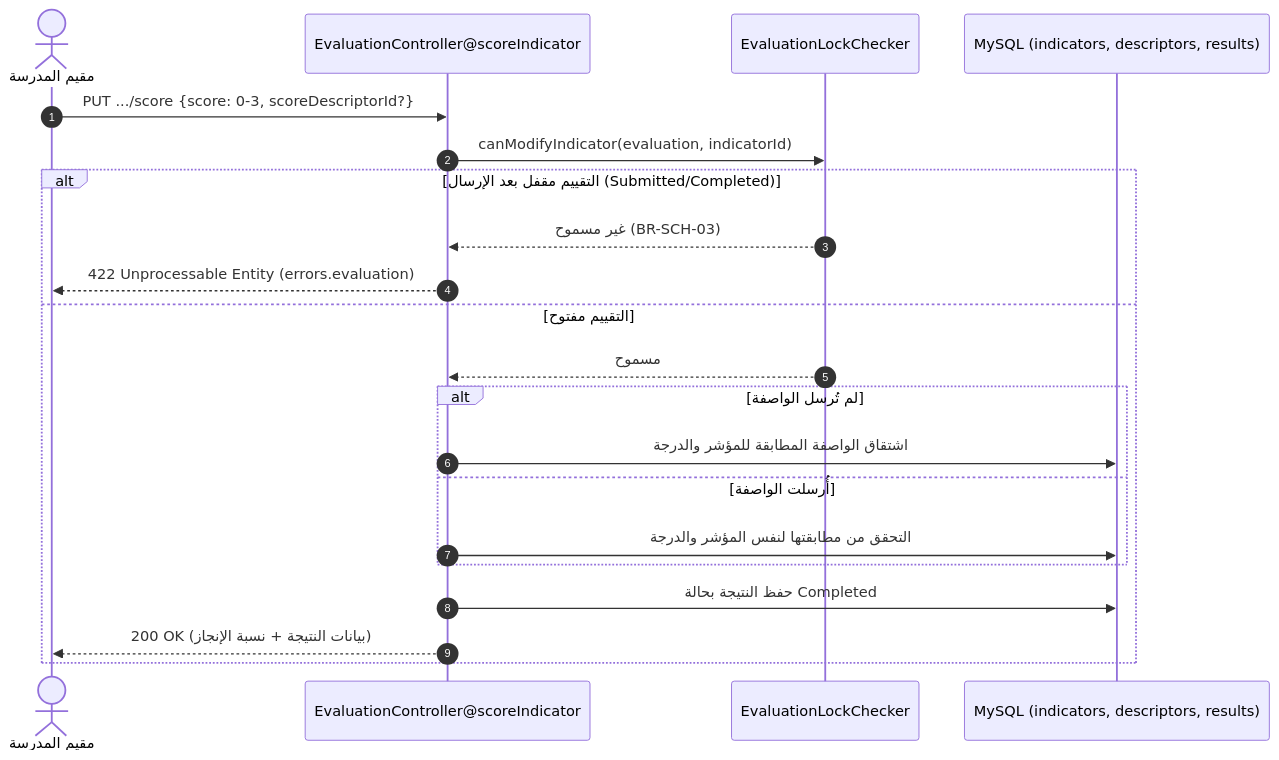
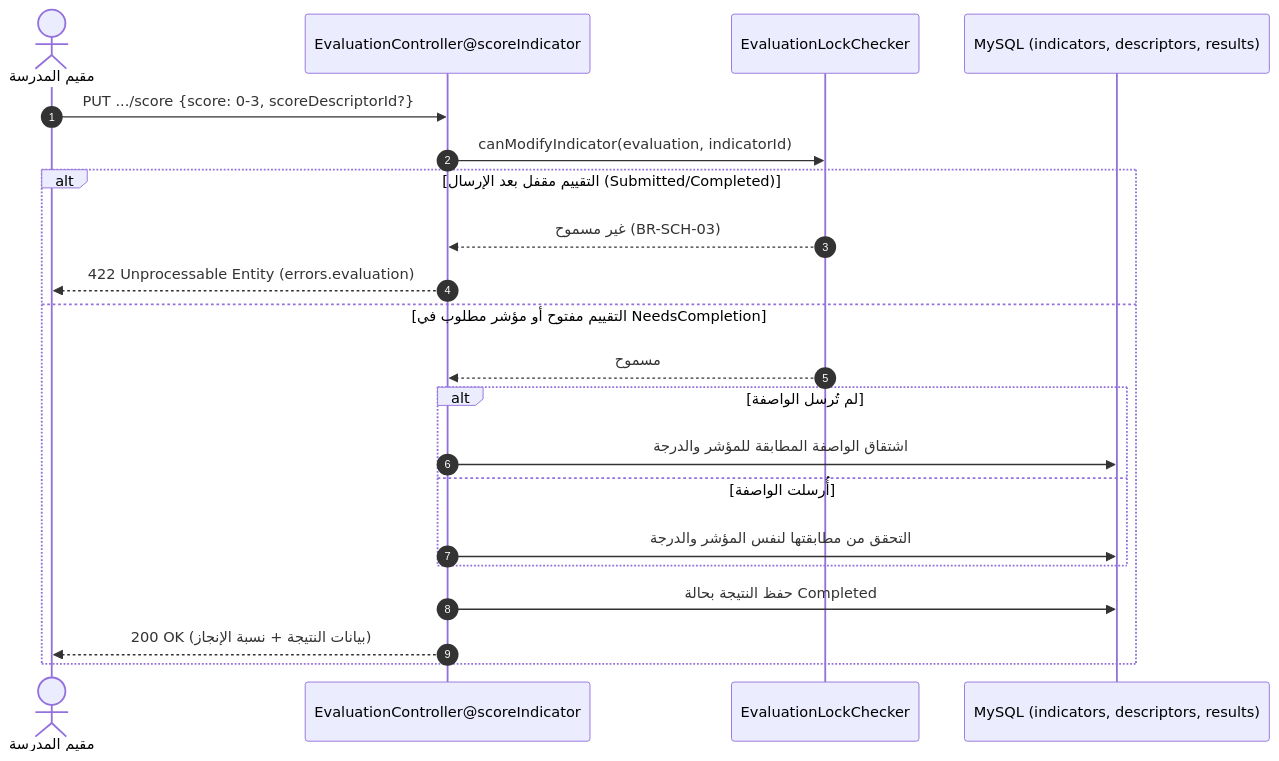
One commit to codewizardmx0-lgtm/school-quality-system changed the third of 3 diagrams in docs/chapter4/chapter4_system_design.md. Above: the diagram before and after it, drawn with Mermaid. The commit also changed other lines of this file and 16 other files, not shown here.

First line of the commit message:
إضافة مخططات ERD النهائية وخطة تحديث وثيقة التخرج

````diff
--- a/docs/chapter4/chapter4_system_design.md
+++ b/docs/chapter4/chapter4_system_design.md
@@ -353,24 +386,24 @@
 ```mermaid
 sequenceDiagram
   autonumber
   actor User as مقيم المدرسة
   participant Ctrl as EvaluationController@scoreIndicator
   participant Lock as EvaluationLockChecker
   participant DB as MySQL (indicators, descriptors, results)
 
   User->>Ctrl: PUT .../score {score: 0-3, scoreDescriptorId?}
   Ctrl->>Lock: canModifyIndicator(evaluation, indicatorId)
   alt التقييم مقفل بعد الإرسال (Submitted/Completed)
     Lock-->>Ctrl: غير مسموح (BR-SCH-03)
     Ctrl-->>User: 422 Unprocessable Entity (errors.evaluation)
-  else التقييم مفتوح
+  else التقييم مفتوح أو مؤشر مطلوب في NeedsCompletion
     Lock-->>Ctrl: مسموح
     alt لم تُرسل الواصفة
       Ctrl->>DB: اشتقاق الواصفة المطابقة للمؤشر والدرجة
     else أُرسلت الواصفة
       Ctrl->>DB: التحقق من مطابقتها لنفس المؤشر والدرجة
     end
     Ctrl->>DB: حفظ النتيجة بحالة Completed
     Ctrl-->>User: 200 OK (بيانات النتيجة + نسبة الإنجاز)
   end
 ```
````
